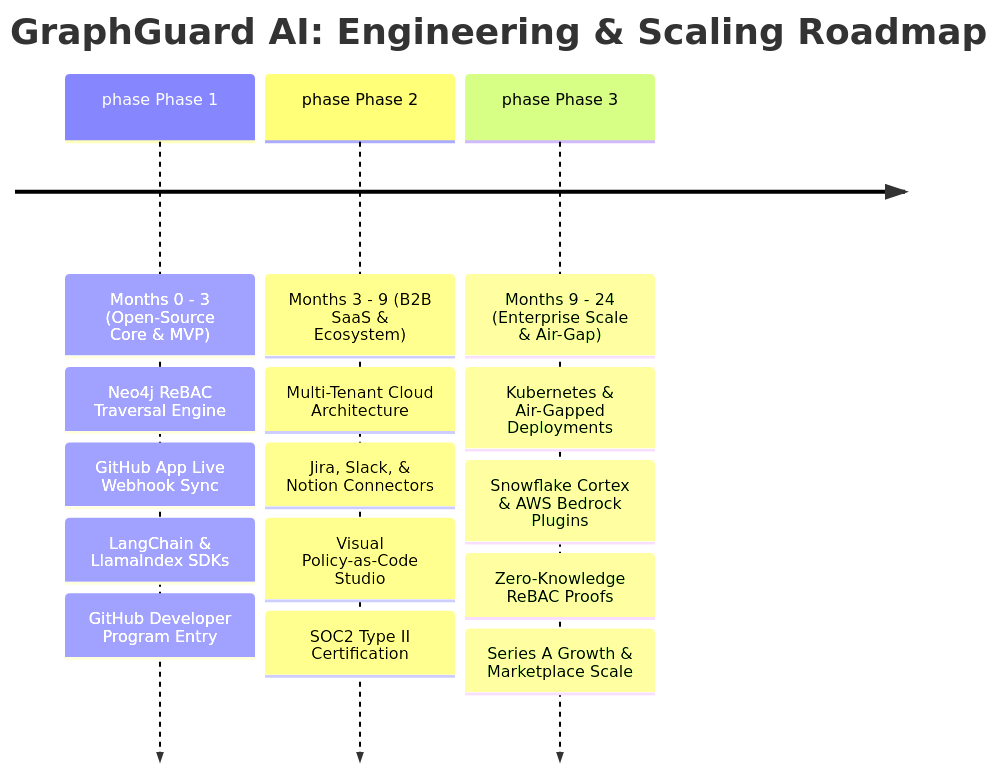
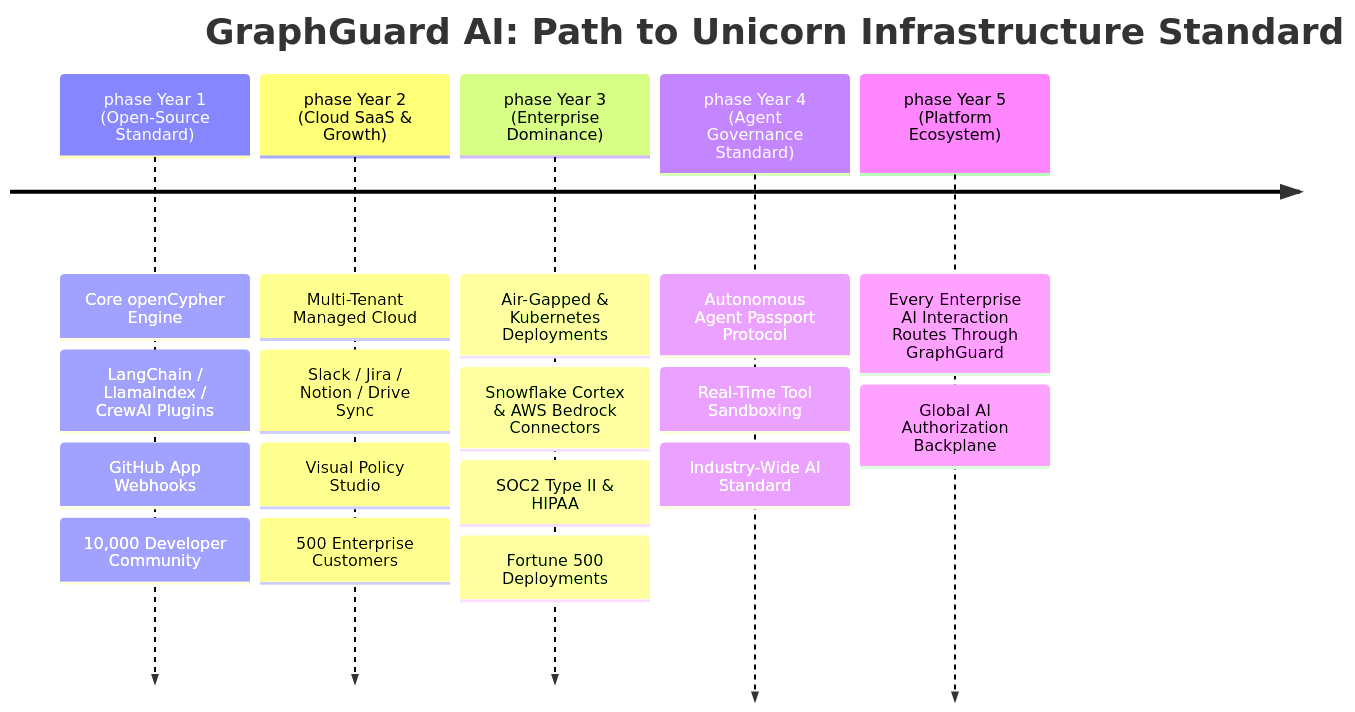
The diagram in README.md (yashjadhav1595-projects/wexa.ai.assign), drawn with Mermaid before and after one commit. The commit also changed other lines of this file, not shown here.

Commit message:
docs: add startup scorecard, zero-trust agent OS architecture, and unicorn scaling roadmap

````diff
--- a/README.md
+++ b/README.md
@@ -74,7 +133,9 @@
 ```mermaid
 timeline
-    title GraphGuard AI: Engineering & Scaling Roadmap
-    phase Phase 1 : Months 0 - 3 (Open-Source Core & MVP) : Neo4j ReBAC Traversal Engine : GitHub App Live Webhook Sync : LangChain & LlamaIndex SDKs : GitHub Developer Program Entry
-    phase Phase 2 : Months 3 - 9 (B2B SaaS & Ecosystem) : Multi-Tenant Cloud Architecture : Jira, Slack, & Notion Connectors : Visual Policy-as-Code Studio : SOC2 Type II Certification
-    phase Phase 3 : Months 9 - 24 (Enterprise Scale & Air-Gap) : Kubernetes & Air-Gapped Deployments : Snowflake Cortex & AWS Bedrock Plugins : Zero-Knowledge ReBAC Proofs : Series A Growth & Marketplace Scale
+    title GraphGuard AI: Path to Unicorn Infrastructure Standard
+    phase Year 1 (Open-Source Standard) : Core openCypher Engine : LangChain / LlamaIndex / CrewAI Plugins : GitHub App Webhooks : 10,000 Developer Community
+    phase Year 2 (Cloud SaaS & Growth) : Multi-Tenant Managed Cloud : Slack / Jira / Notion / Drive Sync : Visual Policy Studio : 500 Enterprise Customers
+    phase Year 3 (Enterprise Dominance) : Air-Gapped & Kubernetes Deployments : Snowflake Cortex & AWS Bedrock Connectors : SOC2 Type II & HIPAA : Fortune 500 Deployments
+    phase Year 4 (Agent Governance Standard) : Autonomous Agent Passport Protocol : Real-Time Tool Sandboxing : Industry-Wide AI Standard
+    phase Year 5 (Platform Ecosystem) : Every Enterprise AI Interaction Routes Through GraphGuard : Global AI Authorization Backplane
 ```
````
